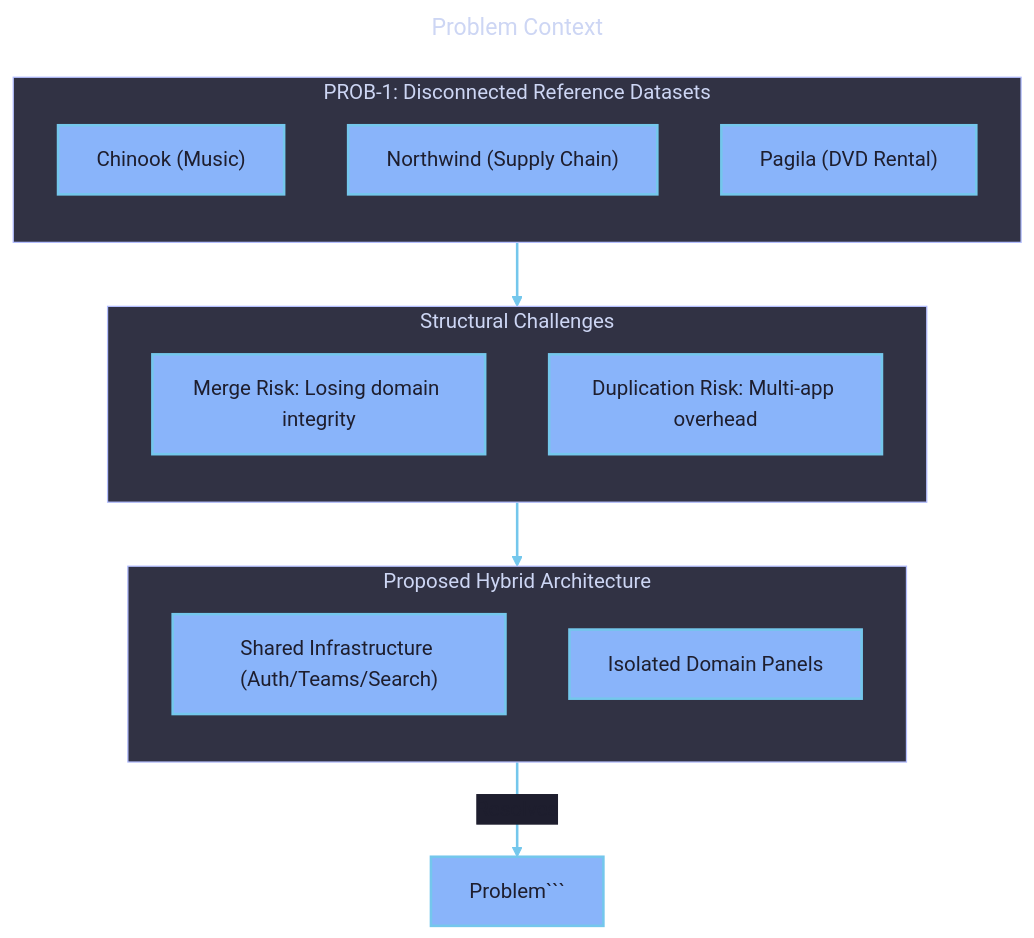
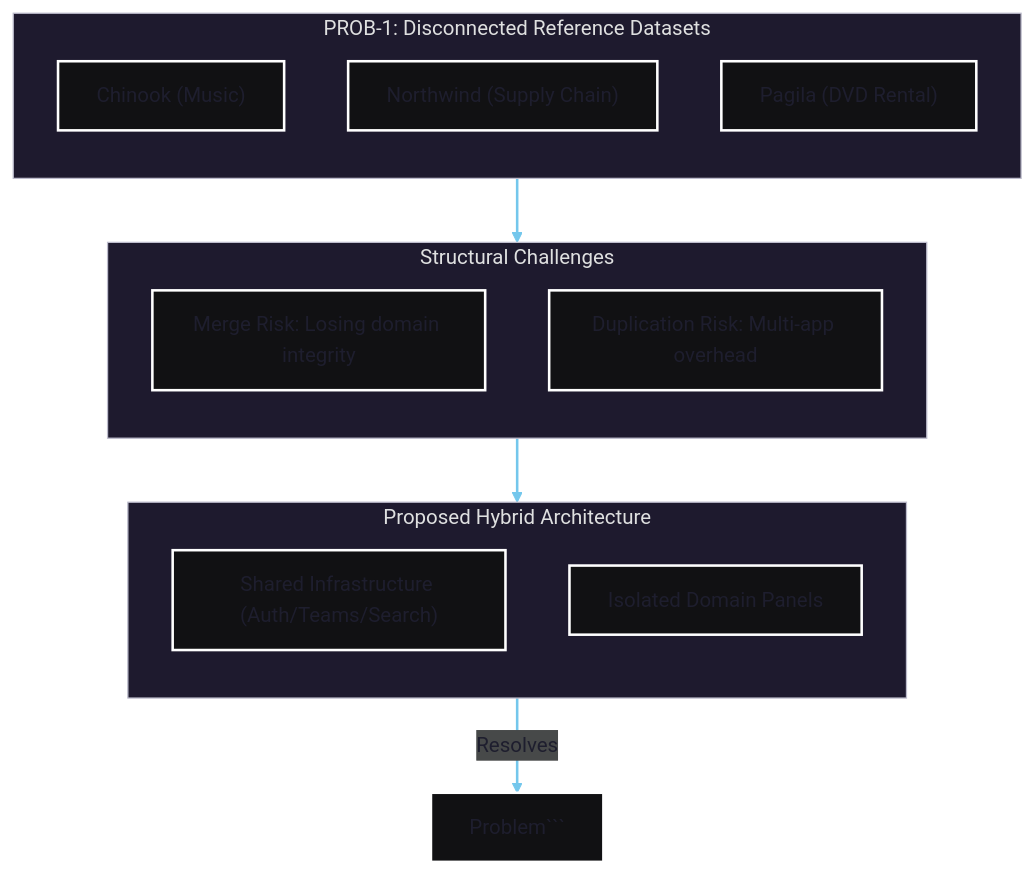
One commit to s-a-c/samples-20260717 changed the diagram in docs/06-requirements/0602-problem-statement.md. Above: the diagram before and after it, drawn with Mermaid. The commit also changed other lines of this file and 2157 other files, not shown here.

`````diff
--- a/docs/06-requirements/0602-problem-statement.md
+++ b/docs/06-requirements/0602-problem-statement.md
@@ -57,57 +56,37 @@
 ````mermaid
 ---
-title: Problem Context
 config:
   theme: redux-dark-color
   themeVariables:
     background: "#1e1e2e"
     primaryColor: "#89b4fa"
     primaryTextColor: "#1e1e2e"
     primaryBorderColor: "#74c7ec"
     lineColor: "#74c7ec"
-    secondaryColor: "#cba6f7"
-    secondaryTextColor: "#1e1e2e"
-    secondaryBorderColor: "#b4befe"
-    tertiaryColor: "#94e2d5"
-    tertiaryTextColor: "#1e1e2e"
-    tertiaryBorderColor: "#89dceb"
-    mainBkg: "#89b4fa"
-    secondBkg: "#cba6f7"
-    tertiaryBkg: "#94e2d5"
     textColor: "#cdd6f4"
-    nodeBorder: "#74c7ec"
-    clusterBkg: "#313244"
-    clusterBorder: "#b4befe"
-    edgeLabelBackground: "#1e1e2e"
-    titleColor: "#cdd6f4"
     fontSize: 16px
-  themeCSS: |
-    .node rect, .node circle, .node ellipse, .node polygon, .node path { stroke-width: 2px !important; }
-    .edgePath .path { stroke-width: 2px !important; }
-    .label { font-weight: bold !important; }
-    .edgeLabel { background-color: #1e1e2e !important; }
 ---
 flowchart TD
     subgraph Problem["PROB-1: Disconnected Reference Datasets"]
         direction TB
         C["Chinook (Music)"]
         N["Northwind (Supply Chain)"]
         P["Pagila (DVD Rental)"]
     end
 
     subgraph Challenge["Structural Challenges"]
         direction TB
         M["Merge Risk: Losing domain integrity"]
         D["Duplication Risk: Multi-app overhead"]
     end
 
     subgraph Solution["Proposed Hybrid Architecture"]
         direction TB
         S["Shared Infrastructure (Auth/Teams/Search)"]
         I["Isolated Domain Panels"]
     end
 
     Problem --> Challenge
     Challenge --> Solution
     Solution -->|Resolves| Problem```
 ````
`````
